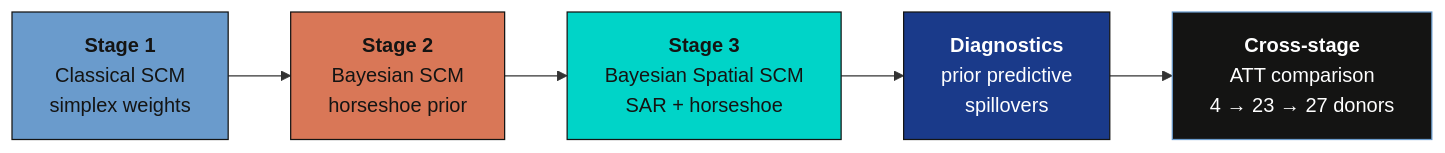
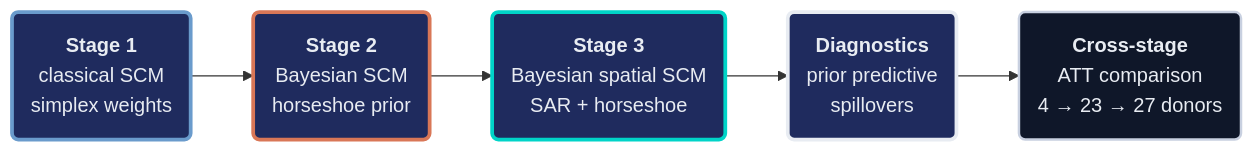
Before and after one commit to cmg777/starter-academic-v501: the diagram in content/post/r_sc_bayes_spatial/index.md, drawn with Mermaid. The commit also changed 13 other files, not shown here.

First line of the commit message:
content(mermaid): restyle flowcharts in R posts

````diff
--- a/content/post/r_sc_bayes_spatial/index.md
+++ b/content/post/r_sc_bayes_spatial/index.md
@@ -202,13 +202,17 @@
 ```mermaid
 graph LR
-    A["<b>Stage 1</b><br/>Classical SCM<br/>simplex weights"] --> B["<b>Stage 2</b><br/>Bayesian SCM<br/>horseshoe prior"]
-    B --> C["<b>Stage 3</b><br/>Bayesian Spatial SCM<br/>SAR + horseshoe"]
-    C --> D["<b>Diagnostics</b><br/>prior predictive<br/>spillovers"]
-    D --> E["<b>Cross-stage</b><br/>ATT comparison<br/>4 → 23 → 27 donors"]
-
-    style A fill:#6a9bcc,stroke:#141413,color:#141413
-    style B fill:#d97757,stroke:#141413,color:#141413
-    style C fill:#00d4c8,stroke:#141413,color:#141413
-    style D fill:#1a3a8a,stroke:#141413,color:#fff
-    style E fill:#141413,stroke:#6a9bcc,color:#fff
+    A("<b>Stage 1</b><br/>classical SCM<br/>simplex weights") --> B("<b>Stage 2</b><br/>Bayesian SCM<br/>horseshoe prior")
+    B --> C("<b>Stage 3</b><br/>Bayesian spatial SCM<br/>SAR + horseshoe")
+    C --> D("<b>Diagnostics</b><br/>prior predictive<br/>spillovers")
+    D --> E("<b>Cross-stage</b><br/>ATT comparison<br/>4 → 23 → 27 donors")
+    classDef blue fill:#1f2b5e,stroke:#6a9bcc,stroke-width:3px,color:#e8ecf2
+    classDef orange fill:#1f2b5e,stroke:#d97757,stroke-width:3px,color:#e8ecf2
+    classDef teal fill:#1f2b5e,stroke:#00d4c8,stroke-width:3px,color:#e8ecf2
+    classDef key fill:#1f2b5e,stroke:#e8ecf2,stroke-width:3px,color:#e8ecf2
+    classDef anchor fill:#0f1729,stroke:#c8d0e0,stroke-width:2px,color:#e8ecf2
+    class A blue
+    class B orange
+    class C teal
+    class D key
+    class E anchor
 ```
````
